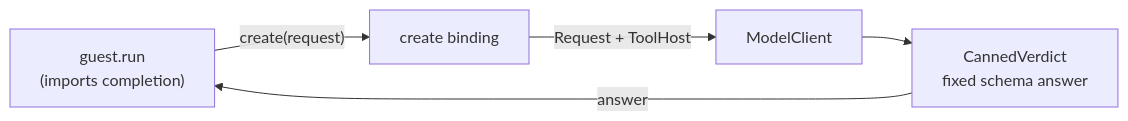
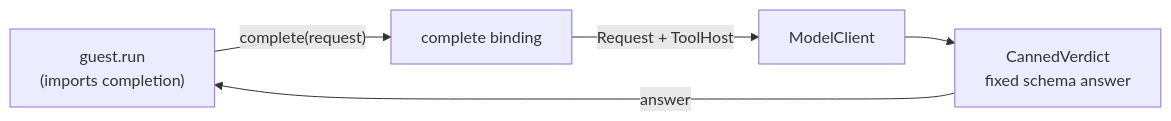
Before and after one commit to augentic/omnia: the diagram in examples/model/README.md, drawn with Mermaid. The commit also changed other lines of this file and 400 other files, not shown here.

````diff
--- a/examples/model/README.md
+++ b/examples/model/README.md
@@ -11,7 +11,7 @@
 ```mermaid
 flowchart LR
-  guest["guest.run<br/>(imports completion)"] -->|"create(request)"| bind["create binding"]
+  guest["guest.run<br/>(imports completion)"] -->|"complete(request)"| bind["complete binding"]
   bind -->|"Request + ToolHost"| ctx["ModelClient"]
   ctx --> canned["CannedVerdict<br/>fixed schema answer"]
   canned -->|"answer"| guest
 ```
````
